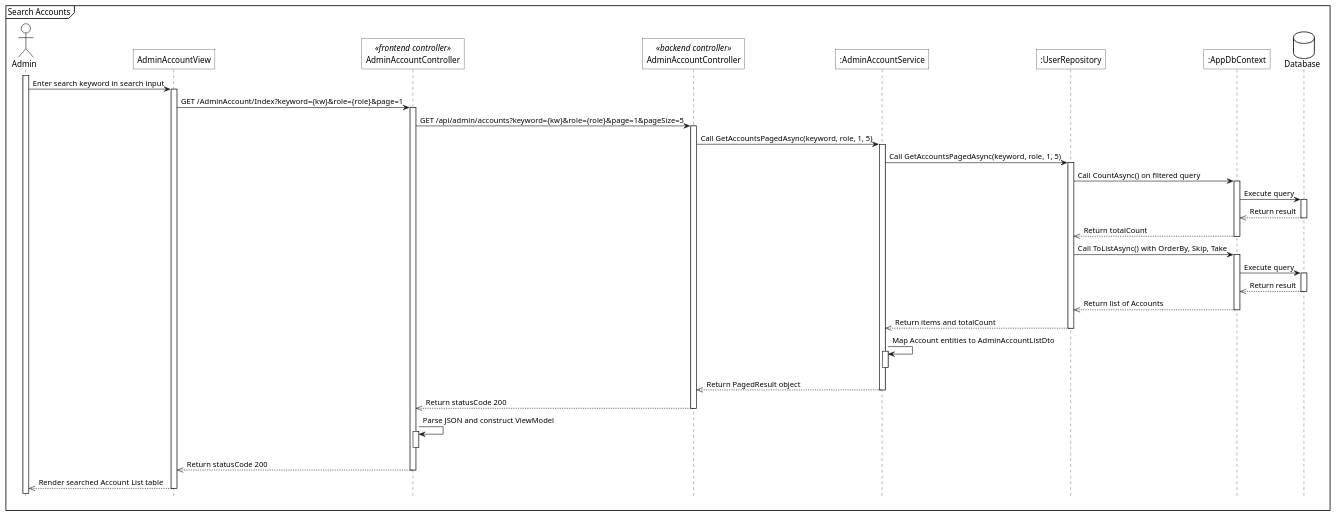
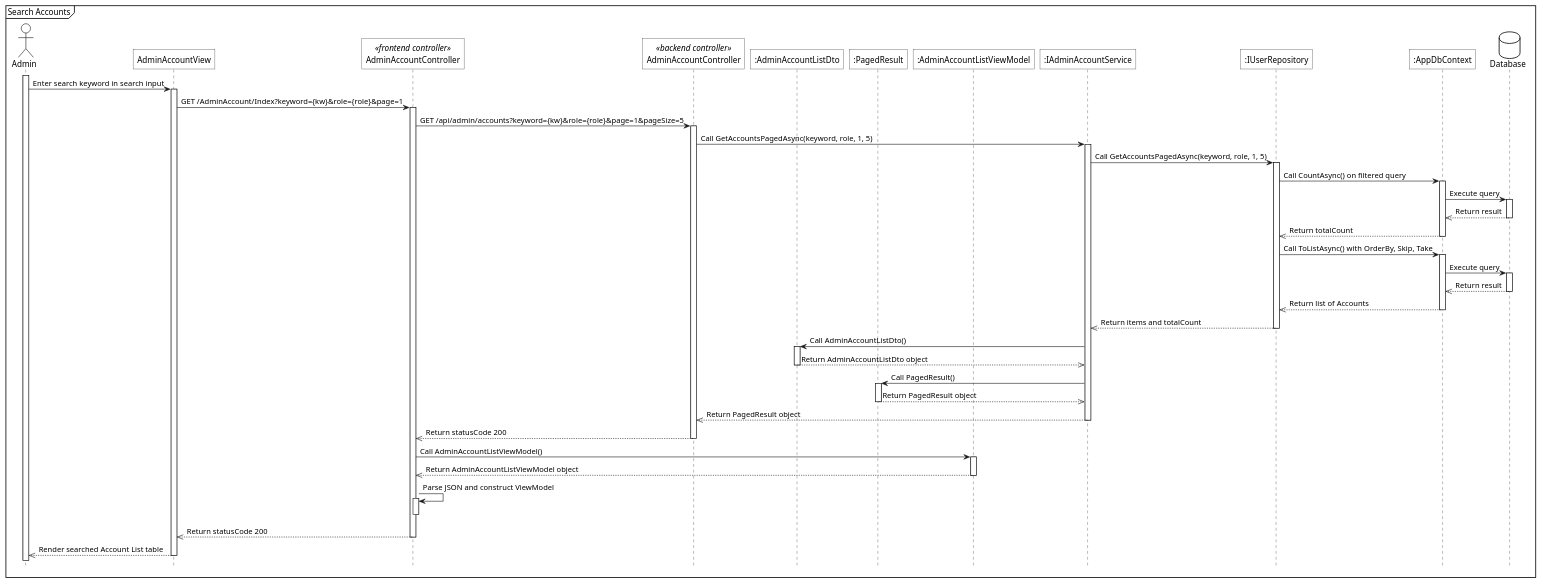
Before and after one commit to 1000do/Linked: the diagram in diagrams/sequence/manage_account/sq_search_accounts.plantuml, drawn with PlantUML. The commit also changed 47 other files, not shown here.

```diff
--- a/diagrams/sequence/manage_account/sq_search_accounts.plantuml
+++ b/diagrams/sequence/manage_account/sq_search_accounts.plantuml
@@ -1,72 +1,81 @@
 @startuml 
 <style>
     sequenceDiagram{
         actor{
             BackgroundColor white
             LineThickness 1.0
         }
         participant{
             BackgroundColor white
             RoundCorner 0
         }
         database{
             BackgroundColor white
         }
         groupHeader{
             BackgroundColor white
         }
         referenceHeader{
             BackgroundColor white
         }
         reference{
             BackgroundColor white
         }
     }
 </style>
 
 hide footbox
 
 mainframe Search Accounts
 actor Admin as act
 
 participant "AdminAccountView" as view
 participant "AdminAccountController" as fe_ctrl <<frontend controller>>
 participant "AdminAccountController" as be_ctrl <<backend controller>>
-participant ":AdminAccountService" as sv
-participant ":UserRepository" as u_repo
+participant ":AdminAccountListDto" as list_dto
+participant ":PagedResult" as paged_res
+participant ":AdminAccountListViewModel" as vm
+participant ":IAdminAccountService" as sv
+participant ":IUserRepository" as u_repo
 participant ":AppDbContext" as ctx
 database Database as db
 
 act++
 act->view++: Enter search keyword in search input
 view->fe_ctrl++: GET /AdminAccount/Index?keyword={kw}&role={role}&page=1
 
 fe_ctrl->be_ctrl++: GET /api/admin/accounts?keyword={kw}&role={role}&page=1&pageSize=5
 
 be_ctrl->sv++: Call GetAccountsPagedAsync(keyword, role, 1, 5)
 
 sv->u_repo++: Call GetAccountsPagedAsync(keyword, role, 1, 5)
 
 u_repo->ctx++: Call CountAsync() on filtered query
 ctx->db++: Execute query
 db-->>ctx--: Return result
 ctx-->>u_repo--: Return totalCount
 
 u_repo->ctx++: Call ToListAsync() with OrderBy, Skip, Take
 ctx->db++: Execute query
 db-->>ctx--: Return result
 ctx-->>u_repo--: Return list of Accounts
 
 u_repo-->>sv--: Return items and totalCount
 
-sv->sv++: Map Account entities to AdminAccountListDto
-sv--
+sv->list_dto++: Call AdminAccountListDto()
+list_dto-->>sv--: Return AdminAccountListDto object
+
+sv->paged_res++: Call PagedResult()
+paged_res-->>sv--: Return PagedResult object
 
 sv-->>be_ctrl--: Return PagedResult object
 be_ctrl-->>fe_ctrl--: Return statusCode 200
+
+fe_ctrl->vm++: Call AdminAccountListViewModel()
+vm-->>fe_ctrl--: Return AdminAccountListViewModel object
 
 fe_ctrl->fe_ctrl++: Parse JSON and construct ViewModel
 fe_ctrl--
 fe_ctrl-->>view--: Return statusCode 200
 view-->>act--: Render searched Account List table
 @enduml
```
